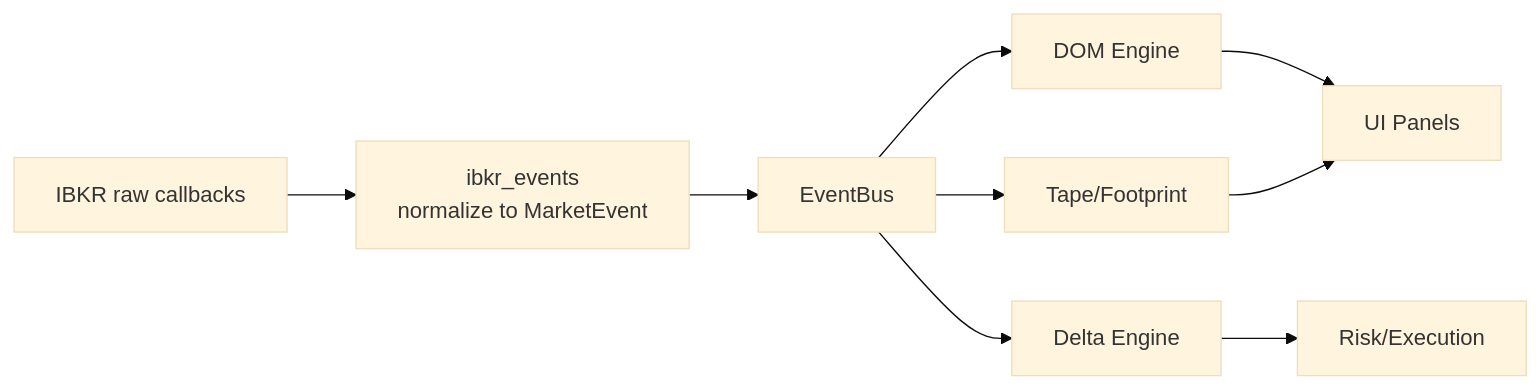
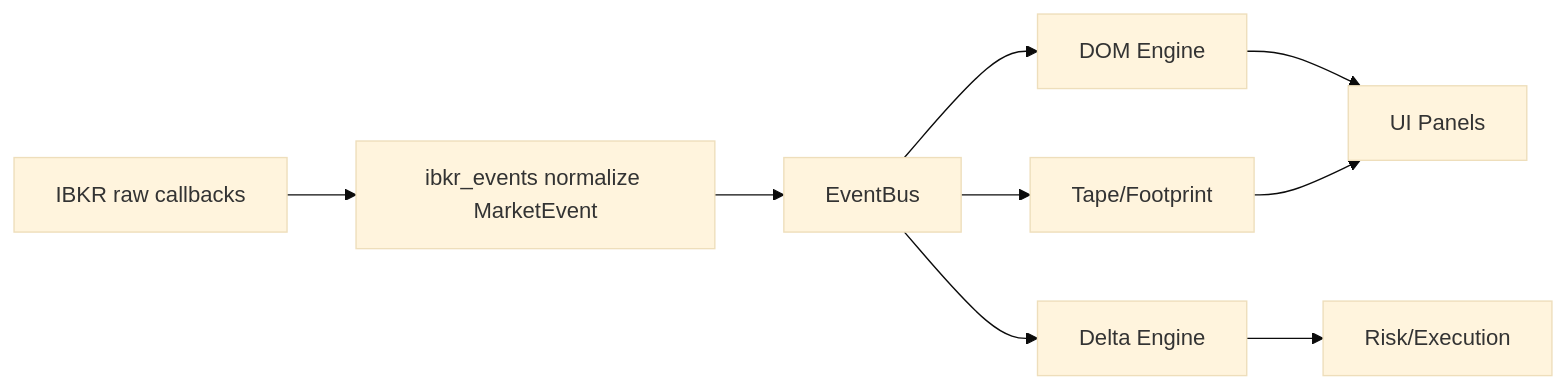
Before and after one commit to codestash-spec/tape-reading-app: the first of 3 diagrams in ARCHITECTURE.md, drawn with Mermaid (base theme). The commit also changed other lines of this file and 1 other file, not shown here.

Commit message:
docs: atualizar diagramas e documentação

````diff
--- a/ARCHITECTURE.md
+++ b/ARCHITECTURE.md
@@ -38,11 +38,11 @@
 ```mermaid
 flowchart LR
-    Raw[IBKR raw callbacks] --> Norm[ibkr_events<br/>normalize to MarketEvent]
+    Raw[IBKR raw callbacks] --> Norm["ibkr_events normalize MarketEvent"]
     Norm --> Bus[EventBus]
     Bus --> DOM[DOM Engine]
     Bus --> Delta[Delta Engine]
     Bus --> Tape[Tape/Footprint]
     DOM --> UI[UI Panels]
     Delta --> Risk[Risk/Execution]
     Tape --> UI
 ```
````
